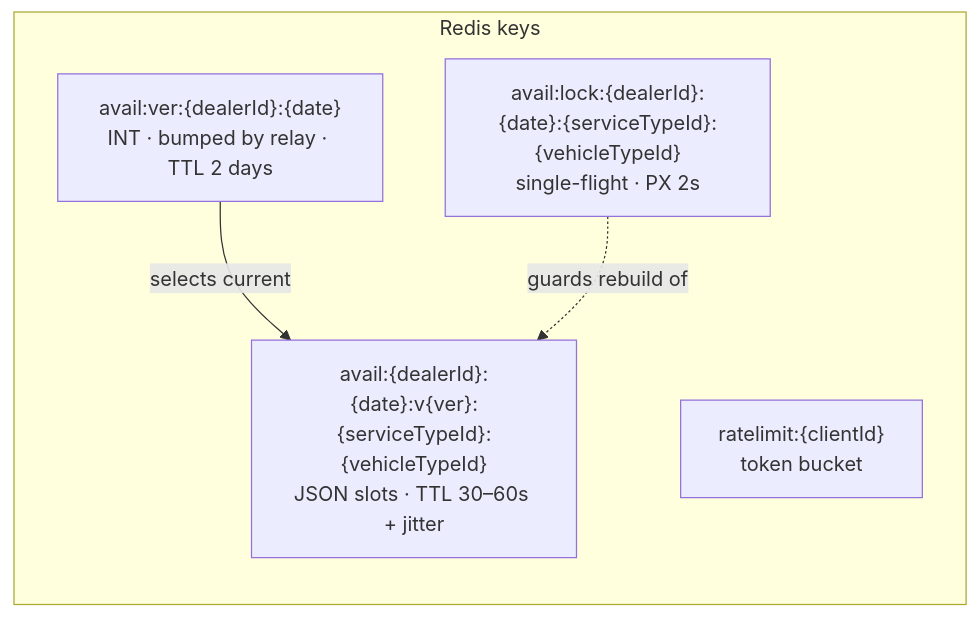
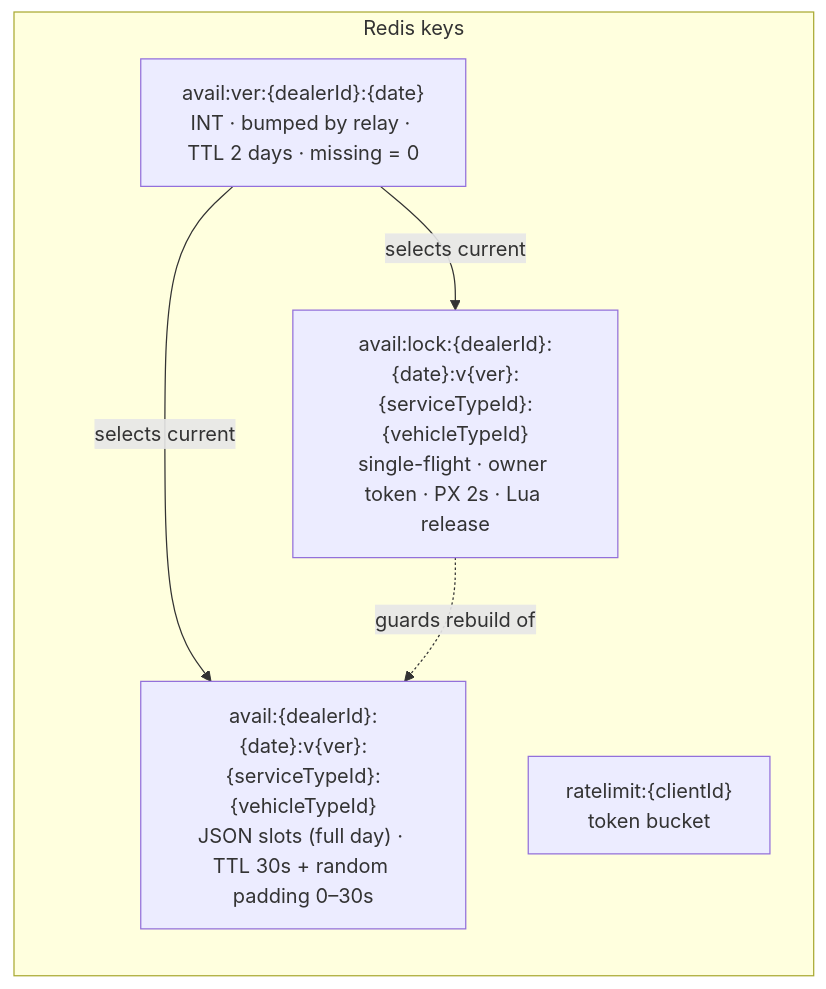
Before and after one commit to Rubynam/keyloop: the diagram in docs/diagrams/dld/10-redis-keys.mermaid, drawn with Mermaid. The commit also changed 14 other files, not shown here.

First line of the commit message:
docs: add availability specs and sync DLD/ROADMAP cache design

```diff
--- a/docs/diagrams/dld/10-redis-keys.mermaid
+++ b/docs/diagrams/dld/10-redis-keys.mermaid
@@ -1,9 +1,10 @@
 flowchart LR
     subgraph KEYS["Redis keys"]
-        K1["avail:ver:{dealerId}:{date}<br/>INT · bumped by relay · TTL 2 days"]
-        K2["avail:{dealerId}:{date}:v{ver}:{serviceTypeId}:{vehicleTypeId}<br/>JSON slots · TTL 30–60s + jitter"]
-        K3["avail:lock:{dealerId}:{date}:{serviceTypeId}:{vehicleTypeId}<br/>single-flight · PX 2s"]
+        K1["avail:ver:{dealerId}:{date}<br/>INT · bumped by relay · TTL 2 days · missing = 0"]
+        K2["avail:{dealerId}:{date}:v{ver}:{serviceTypeId}:{vehicleTypeId}<br/>JSON slots (full day) · TTL 30s + random padding 0–30s"]
+        K3["avail:lock:{dealerId}:{date}:v{ver}:{serviceTypeId}:{vehicleTypeId}<br/>single-flight · owner token · PX 2s · Lua release"]
         K4["ratelimit:{clientId}<br/>token bucket"]
     end
     K1 -->|"selects current"| K2
+    K1 -->|"selects current"| K3
     K3 -.->|"guards rebuild of"| K2
```
